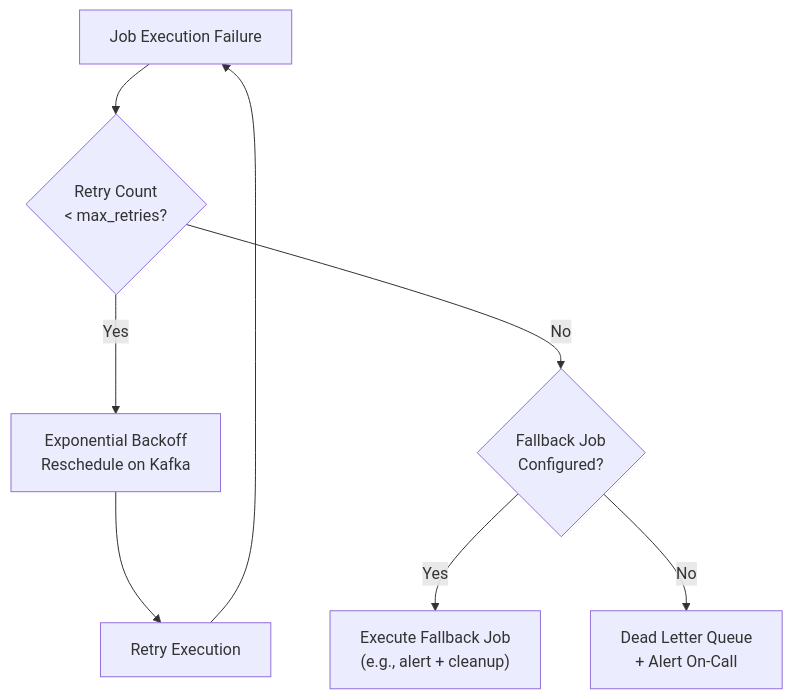
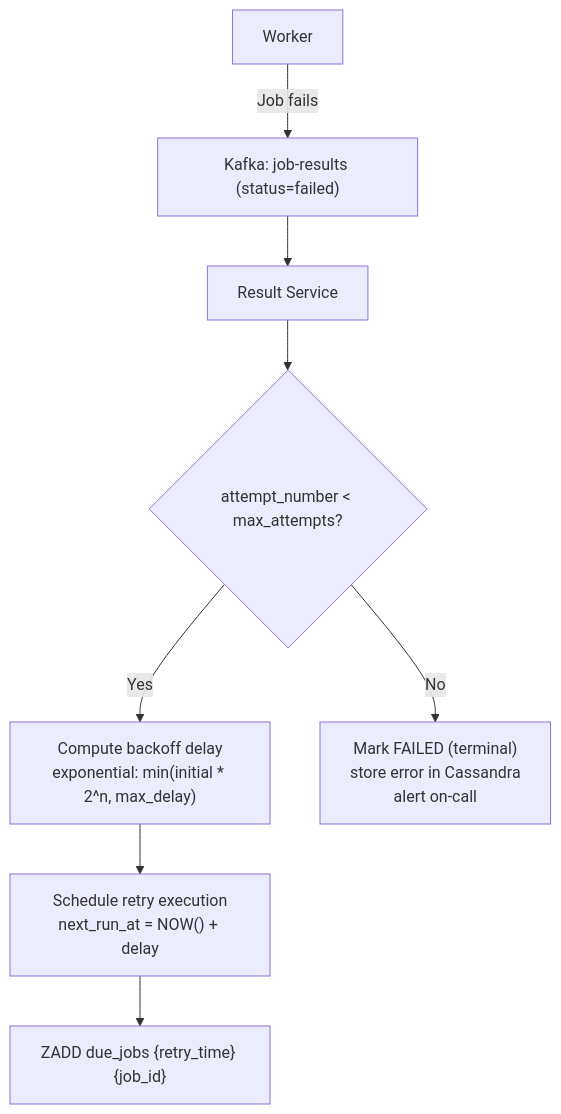
One commit to deepjyoti-dj7/JustDoIT changed the fourth of 5 diagrams in docs/system-design/hld/real-world-systems/distributed-job-scheduler.md. Above: the diagram before and after it, drawn with Mermaid. The commit also changed other lines of this file and 8 other files, not shown here.

````diff
--- a/docs/system-design/hld/real-world-systems/distributed-job-scheduler.md
+++ b/docs/system-design/hld/real-world-systems/distributed-job-scheduler.md
@@ -814,10 +524,10 @@
 ```mermaid
-graph TD
-    E["Job Execution Failure"] --> L1{"Retry Count\n< max_retries?"}
-    L1 -->|Yes| Backoff["Exponential Backoff\nReschedule on Kafka"]
-    L1 -->|No| L2{"Fallback Job\nConfigured?"}
-    L2 -->|Yes| Fallback["Execute Fallback Job\n(e.g., alert + cleanup)"]
-    L2 -->|No| DLQ["Dead Letter Queue\n+ Alert On-Call"]
-    Backoff --> Retry["Retry Execution"]
-    Retry --> E
+flowchart TD
+    W["Worker"] -->|Job fails| K["Kafka: job-results (status=failed)"]
+    K --> RS["Result Service"]
+    RS --> Check{"attempt_number < max_attempts?"}
+    Check -->|Yes| Backoff["Compute backoff delay\nexponential: min(initial * 2^n, max_delay)"]
+    Backoff --> Schedule["Schedule retry execution\nnext_run_at = NOW() + delay"]
+    Schedule --> Redis["ZADD due_jobs {retry_time} {job_id}"]
+    Check -->|No| DLQ["Mark FAILED (terminal)\nstore error in Cassandra\nalert on-call"]
 ```
````
